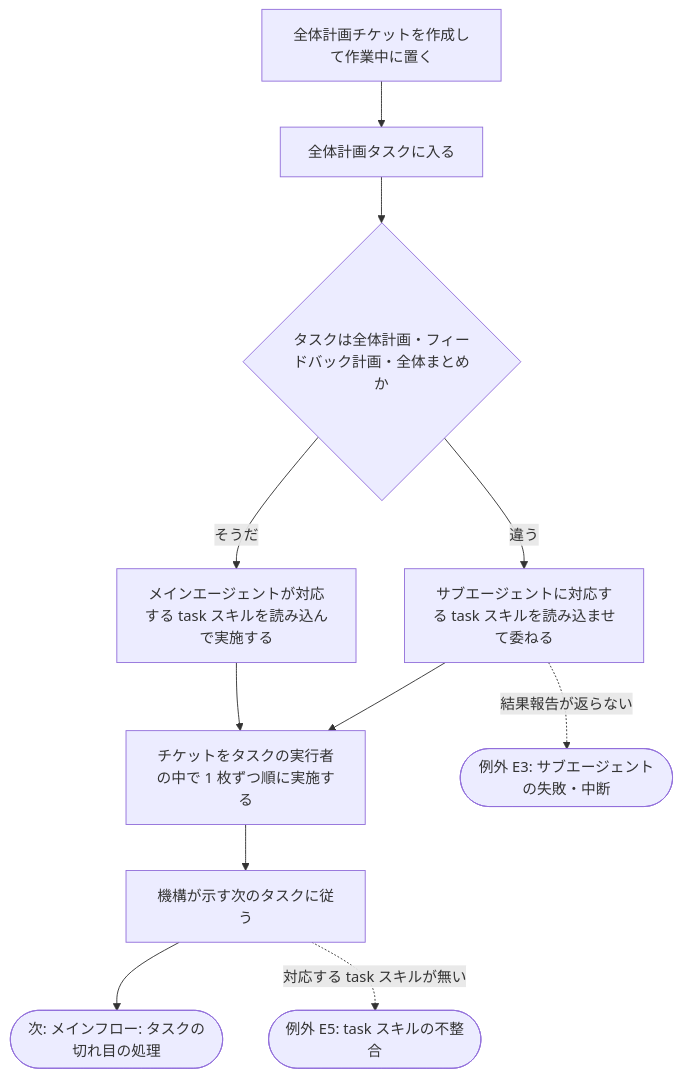
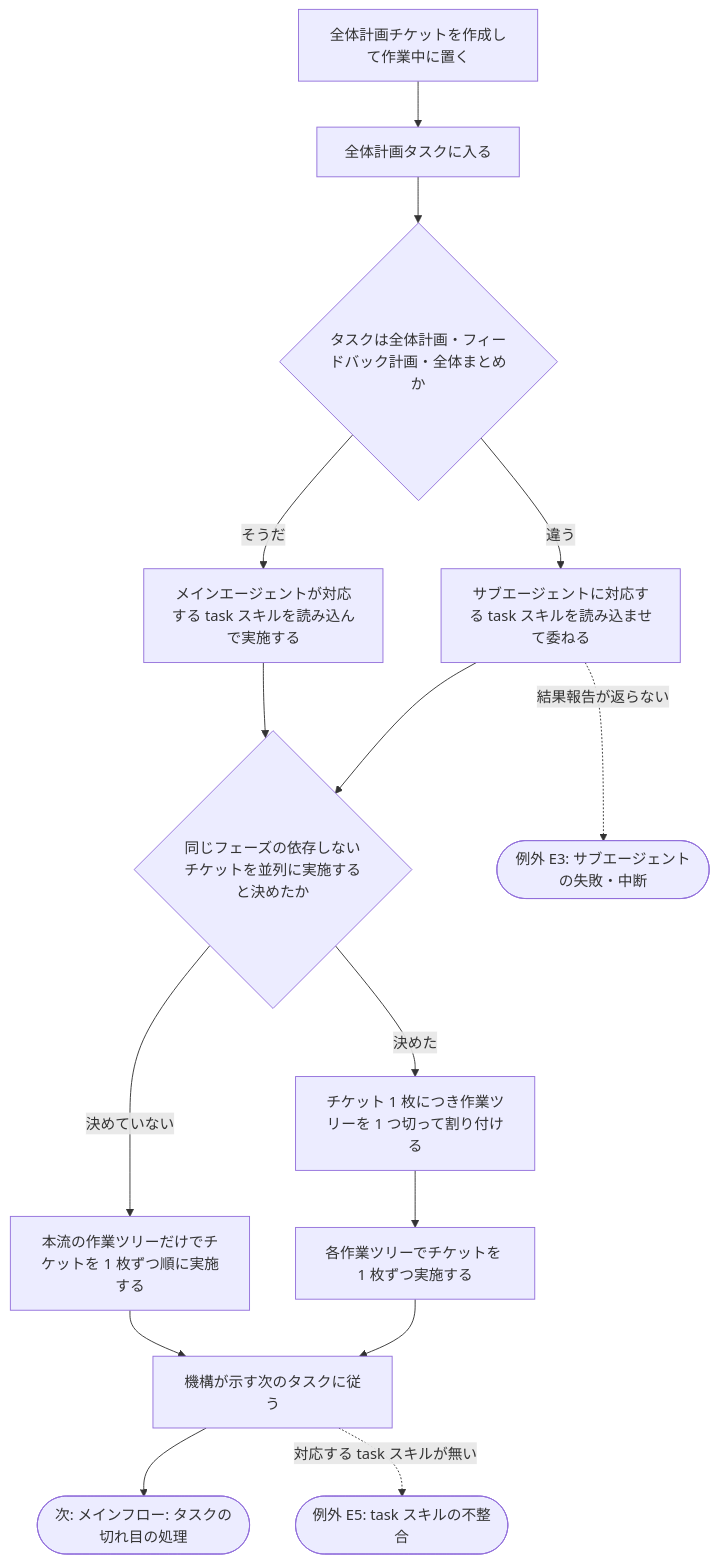
One commit to yuki-matsu783/issue-mr-ticket-workflow changed the first of 3 diagrams in .claude/docs/00_requirement/skills/00-workflow-issue-mr-driven.md. Above: the diagram before and after it, drawn with Mermaid. The commit also changed other lines of this file and 15 other files, not shown here.

````diff
--- a/.claude/docs/00_requirement/skills/00-workflow-issue-mr-driven.md
+++ b/.claude/docs/00_requirement/skills/00-workflow-issue-mr-driven.md
@@ -48,17 +50,21 @@
 ```mermaid
 flowchart TD
   M1[全体計画チケットを作成して作業中に置く]
   M1 --> M2[全体計画タスクに入る]
   M2 --> M3{タスクは全体計画・フィードバック計画・全体まとめか}
   M3 -->|そうだ| M4[メインエージェントが対応する task スキルを読み込んで実施する]
   M3 -->|違う| M5[サブエージェントに対応する task スキルを読み込ませて委ねる]
-  M4 --> M6[チケットをタスクの実行者の中で 1 枚ずつ順に実施する]
+  M4 --> M6{同じフェーズの依存しないチケットを並列に実施すると決めたか}
   M5 --> M6
-  M6 --> M7[機構が示す次のタスクに従う]
-  M7 --> N1
-  M7 -.->|対応する task スキルが無い| E5
+  M6 -->|決めていない| M7[本流の作業ツリーだけでチケットを 1 枚ずつ順に実施する]
+  M6 -->|決めた| M8[チケット 1 枚につき作業ツリーを 1 つ切って割り付ける]
+  M8 --> M9[各作業ツリーでチケットを 1 枚ずつ実施する]
+  M7 --> M10[機構が示す次のタスクに従う]
+  M9 --> M10
+  M10 --> N1
+  M10 -.->|対応する task スキルが無い| E5
   M5 -.->|結果報告が返らない| E3
   N1([次: メインフロー: タスクの切れ目の処理])
   E3([例外 E3: サブエージェントの失敗・中断])
   E5([例外 E5: task スキルの不整合])
 ```
````
